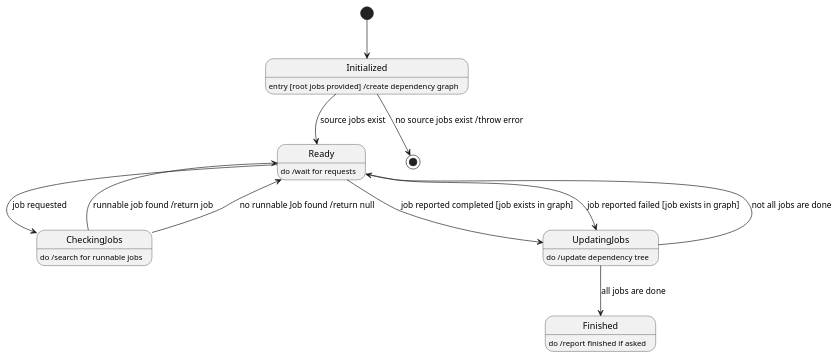
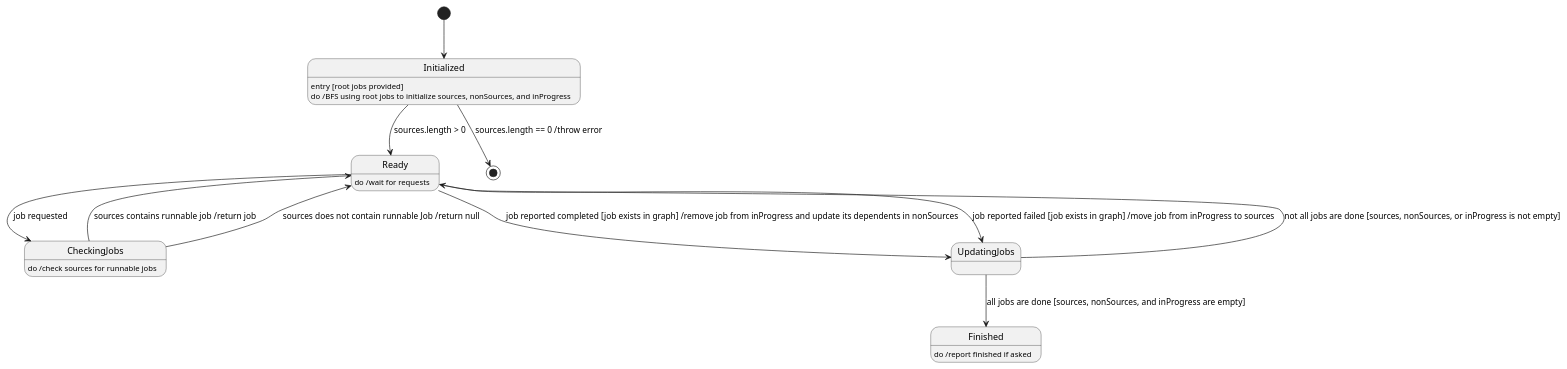
Before and after one commit to cs130-w21/1: the diagram in StateMachine/JobOrdererStateMachine.plantuml, drawn with PlantUML.

Commit message:
variables

```diff
--- a/StateMachine/JobOrdererStateMachine.plantuml
+++ b/StateMachine/JobOrdererStateMachine.plantuml
@@ -1,24 +1,24 @@
 @startuml JobOrdererStateMachine
 
 [*] --> Initialized
 
-Initialized: entry [root jobs provided] /create dependency graph
-Initialized --> Ready: source jobs exist
-Initialized --> [*]: no source jobs exist /throw error
+Initialized: entry [root jobs provided]
+Initialized: do /BFS using root jobs to initialize sources, nonSources, and inProgress
+Initialized --> Ready: sources.length > 0
+Initialized --> [*]: sources.length == 0 /throw error
 
 Ready: do /wait for requests
 Ready --> CheckingJobs: job requested
-Ready --> UpdatingJobs: job reported completed [job exists in graph]
-Ready --> UpdatingJobs: job reported failed [job exists in graph]
+Ready --> UpdatingJobs: job reported completed [job exists in graph] /remove job from inProgress and update its dependents in nonSources
+Ready --> UpdatingJobs: job reported failed [job exists in graph] /move job from inProgress to sources
 
-CheckingJobs: do /search for runnable jobs
-CheckingJobs --> Ready: runnable job found /return job
-CheckingJobs --> Ready: no runnable Job found /return null
+CheckingJobs: do /check sources for runnable jobs
+CheckingJobs --> Ready: sources contains runnable job /return job
+CheckingJobs --> Ready: sources does not contain runnable Job /return null
 
-UpdatingJobs: do /update dependency tree
-UpdatingJobs --> Ready: not all jobs are done
-UpdatingJobs --> Finished: all jobs are done
+UpdatingJobs --> Ready: not all jobs are done [sources, nonSources, or inProgress is not empty]
+UpdatingJobs --> Finished: all jobs are done [sources, nonSources, and inProgress are empty]
 
 Finished: do /report finished if asked
 
 @enduml
```
